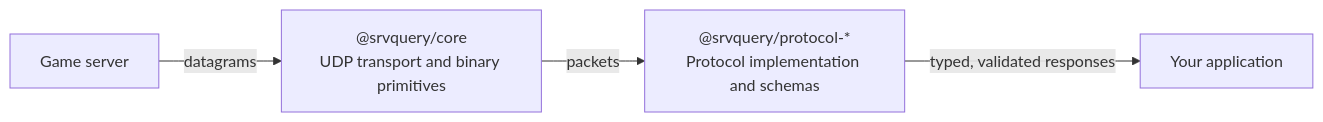
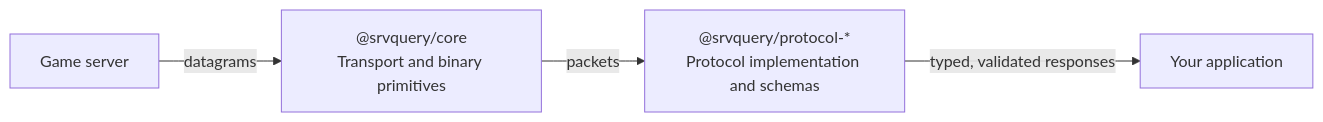
One commit to carlos-menezes/srvquery changed the diagram in README.md. Above: the diagram before and after it, drawn with Mermaid. The commit also changed other lines of this file and 3 other files, not shown here.

````diff
--- a/README.md
+++ b/README.md
@@ -60,11 +23,11 @@
 ```mermaid
 flowchart LR
   server[Game server]
-  core["@srvquery/core<br/>UDP transport and binary primitives"]
+  core["@srvquery/core<br/>Transport and binary primitives"]
   protocol["@srvquery/protocol-*<br/>Protocol implementation and schemas"]
   application[Your application]
 
   server -->|datagrams| core
   core -->|packets| protocol
   protocol -->|typed, validated responses| application
 ```
````
